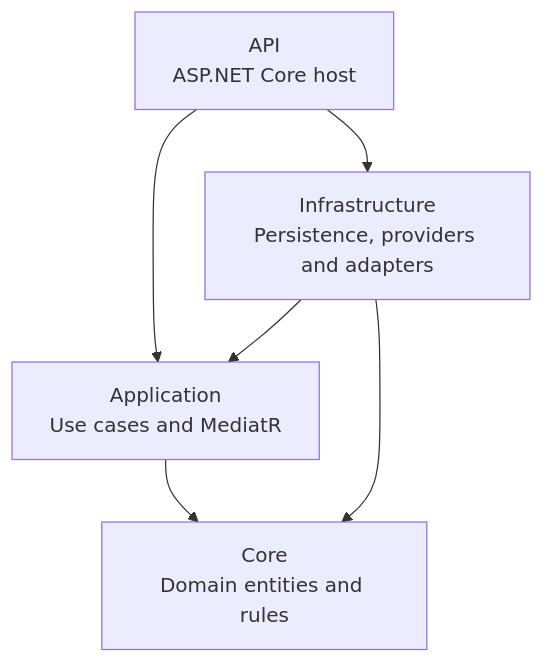
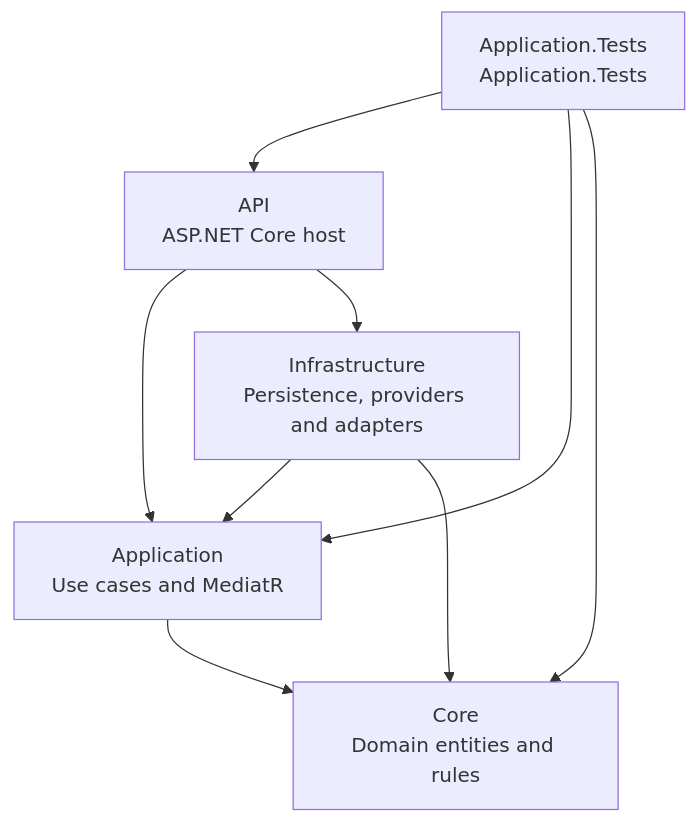
The diagram in docs/generated/DOTNET_PROJECT_DEPENDENCIES.md (Aminafia/Smart-AI-Dashboard), drawn with Mermaid before and after one commit. The commit also changed 269 other files, not shown here.

````diff
--- a/docs/generated/DOTNET_PROJECT_DEPENDENCIES.md
+++ b/docs/generated/DOTNET_PROJECT_DEPENDENCIES.md
@@ -6,12 +6,16 @@
 ```mermaid
 flowchart TD
   API["API<br/>ASP.NET Core host"]
   Application["Application<br/>Use cases and MediatR"]
+  Application_Tests["Application.Tests<br/>Application.Tests"]
   Core["Core<br/>Domain entities and rules"]
   Infrastructure["Infrastructure<br/>Persistence, providers and adapters"]
   API --> Application
   API --> Infrastructure
   Application --> Core
+  Application_Tests --> API
+  Application_Tests --> Application
+  Application_Tests --> Core
   Infrastructure --> Application
   Infrastructure --> Core
 ```
````
